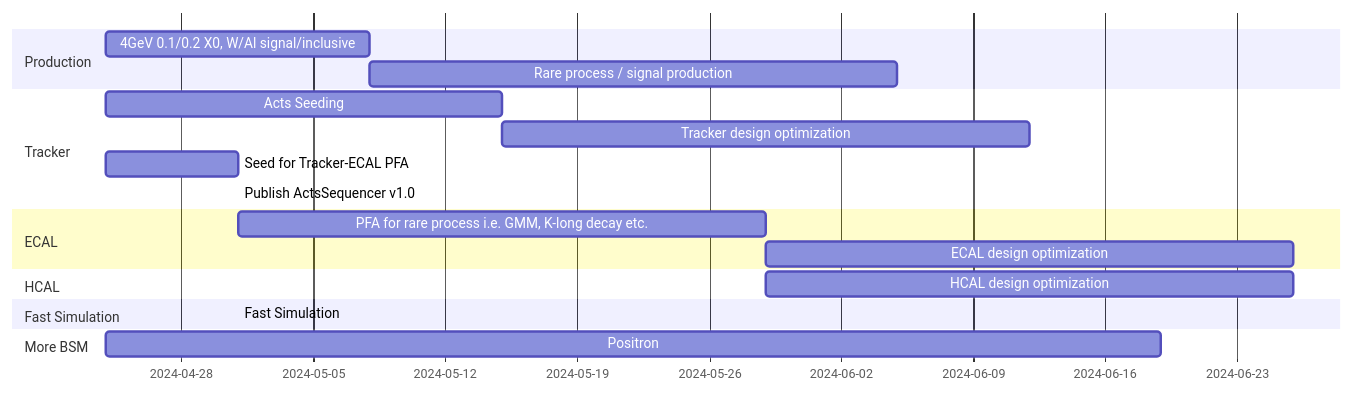
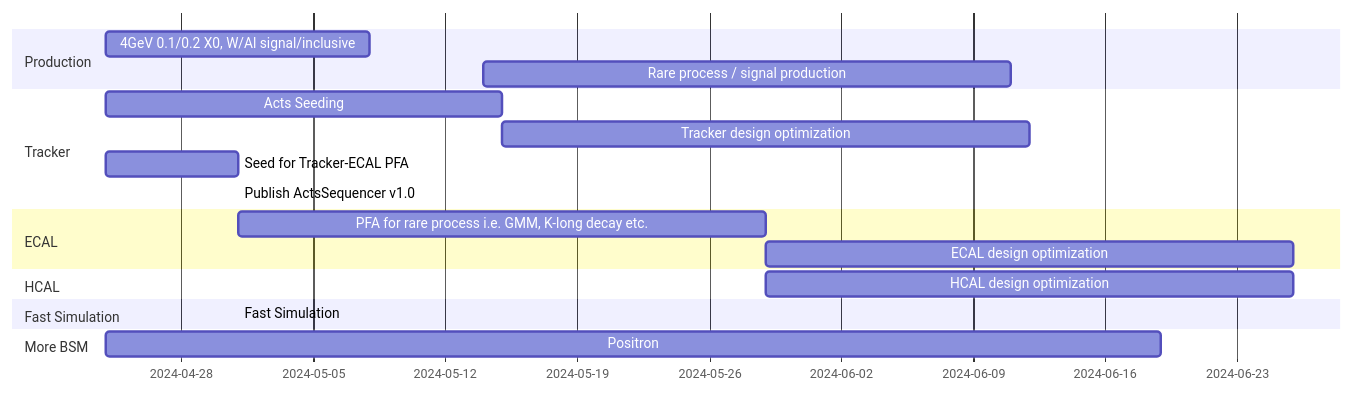
Before and after one commit to DarkSHINE-Slides-Xuliang/20240424-workshop: the third of 3 diagrams in example.md, drawn with Mermaid. The commit also changed other lines of this file, not shown here.

````diff
--- a/example.md
+++ b/example.md
@@ -376,21 +376,21 @@
 ```mermaid
 gantt
     dateFormat YYYY-MM-DD
     section Production
         4GeV 0.1/0.2 X0, W/Al signal/inclusive : 2024-04-24, 2w
-        Rare process / signal production : 4w
+        Rare process / signal production : 2024-05-14, 4w
     section Tracker
         Acts Seeding   : a1, 2024-04-24, 3w 
         Tracker design optimization : after a1, 4w
         Seed for Tracker-ECAL PFA :c1, 2024-04-24, 1w
         Publish ActsSequencer v1.0: after c1, 1h
     section ECAL
         PFA for rare process i.e. GMM, K-long decay etc. : c2, after c1, 4w
         ECAL design optimization : c3, after c2, 4w
     section HCAL
         HCAL design optimization : after c2, 4w
     section Fast Simulation
         Fast Simulation : 2024-05-01
     section More BSM
         Positron :  2024-04-24, 8w
 ```
````
